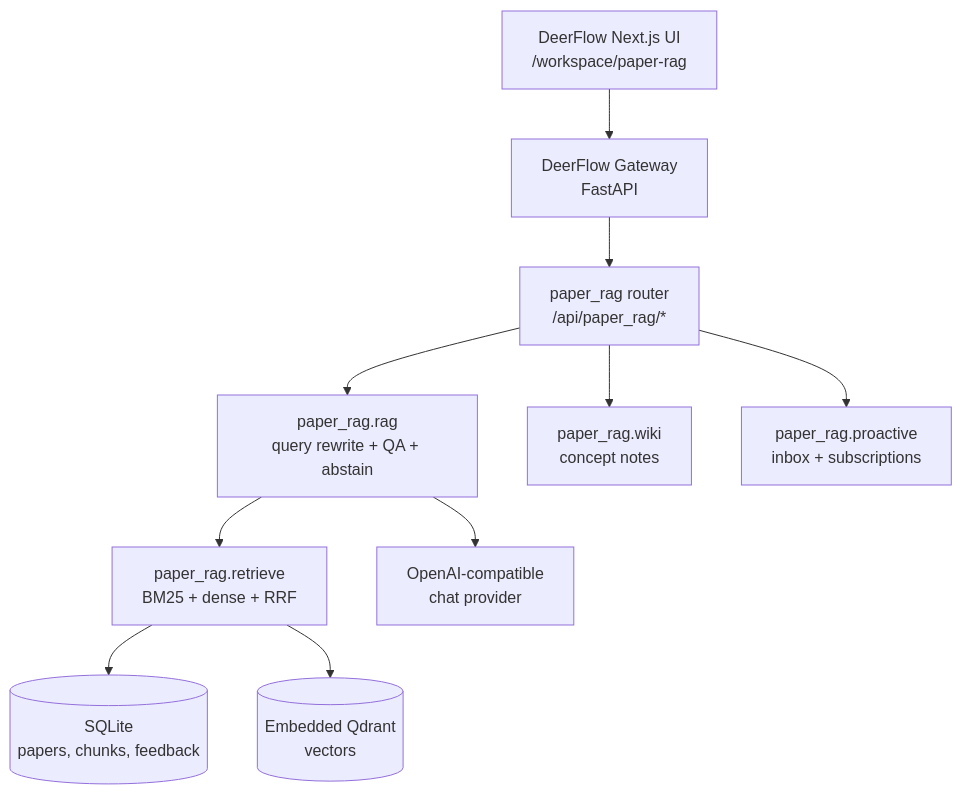
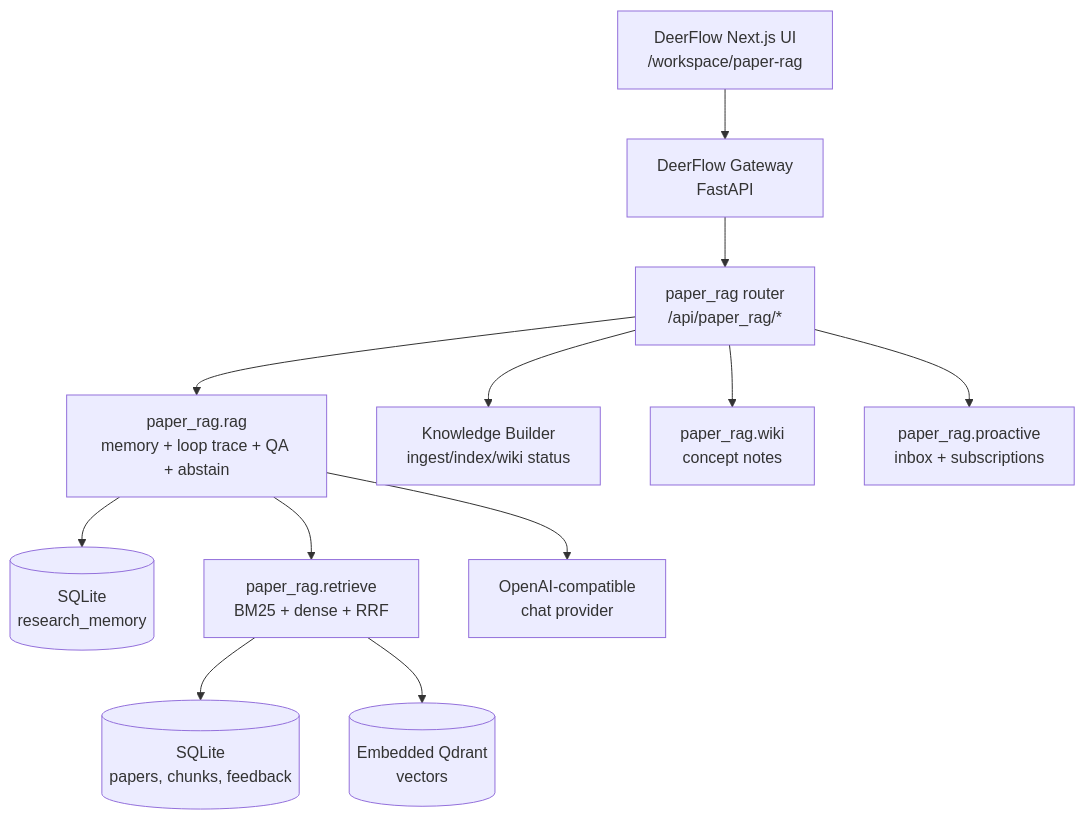
One commit to vve11/agentic_rag changed the first of 2 diagrams in README.md. Above: the diagram before and after it, drawn with Mermaid. The commit also changed other lines of this file and 13 other files, not shown here.

Commit message:
Add loop trace research memory knowledge builder

````diff
--- a/README.md
+++ b/README.md
@@ -266,12 +272,14 @@
 ```mermaid
 flowchart TB
     FE["DeerFlow Next.js UI<br/>/workspace/paper-rag"] --> GW["DeerFlow Gateway<br/>FastAPI"]
     GW --> API["paper_rag router<br/>/api/paper_rag/*"]
-    API --> QA["paper_rag.rag<br/>query rewrite + QA + abstain"]
+    API --> QA["paper_rag.rag<br/>memory + loop trace + QA + abstain"]
+    QA --> MEM[("SQLite<br/>research_memory")]
     QA --> RET["paper_rag.retrieve<br/>BM25 + dense + RRF"]
     RET --> SQL[("SQLite<br/>papers, chunks, feedback")]
     RET --> QDR[("Embedded Qdrant<br/>vectors")]
+    API --> KB["Knowledge Builder<br/>ingest/index/wiki status"]
     API --> WIKI["paper_rag.wiki<br/>concept notes"]
     API --> PRO["paper_rag.proactive<br/>inbox + subscriptions"]
     QA --> LLM["OpenAI-compatible<br/>chat provider"]
 ```
````
